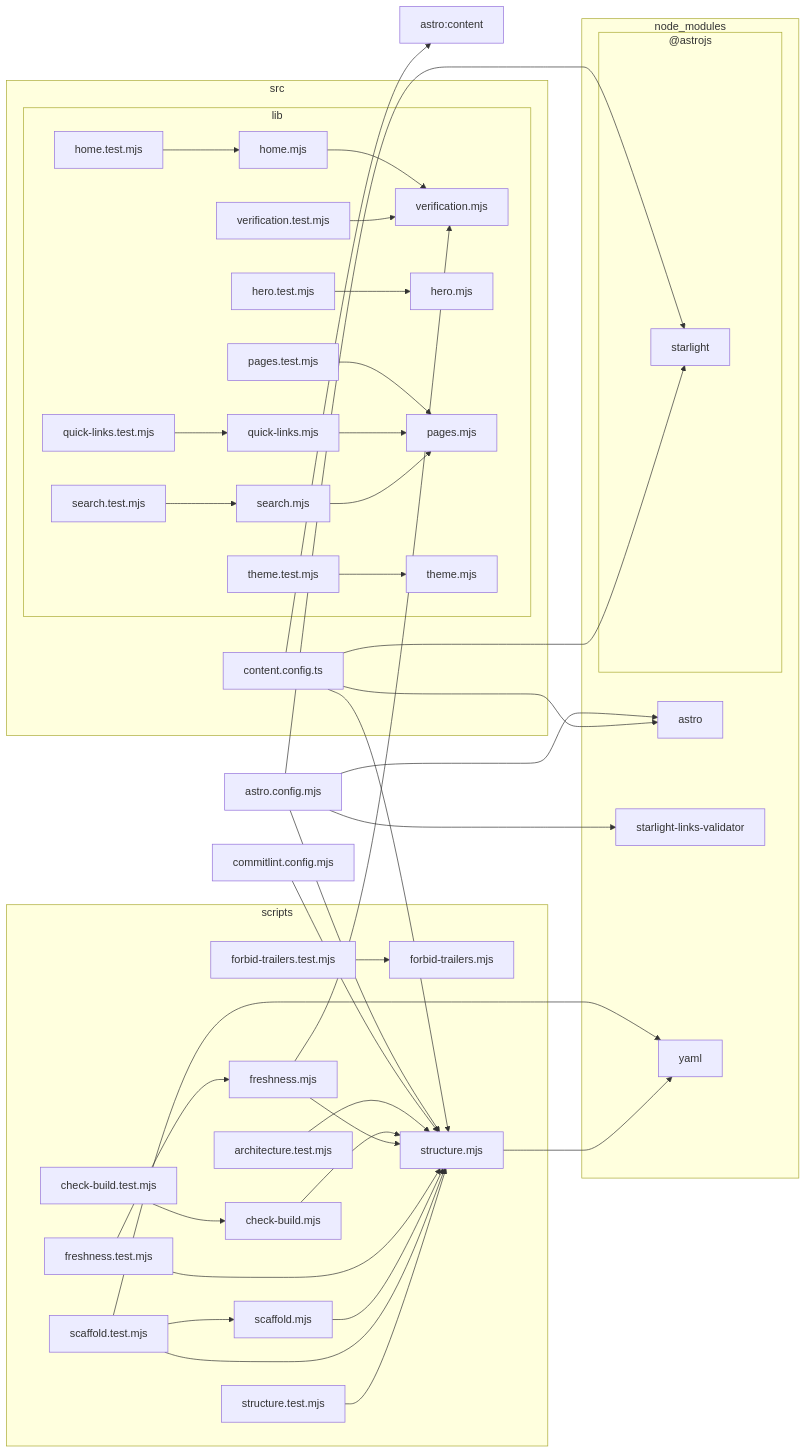
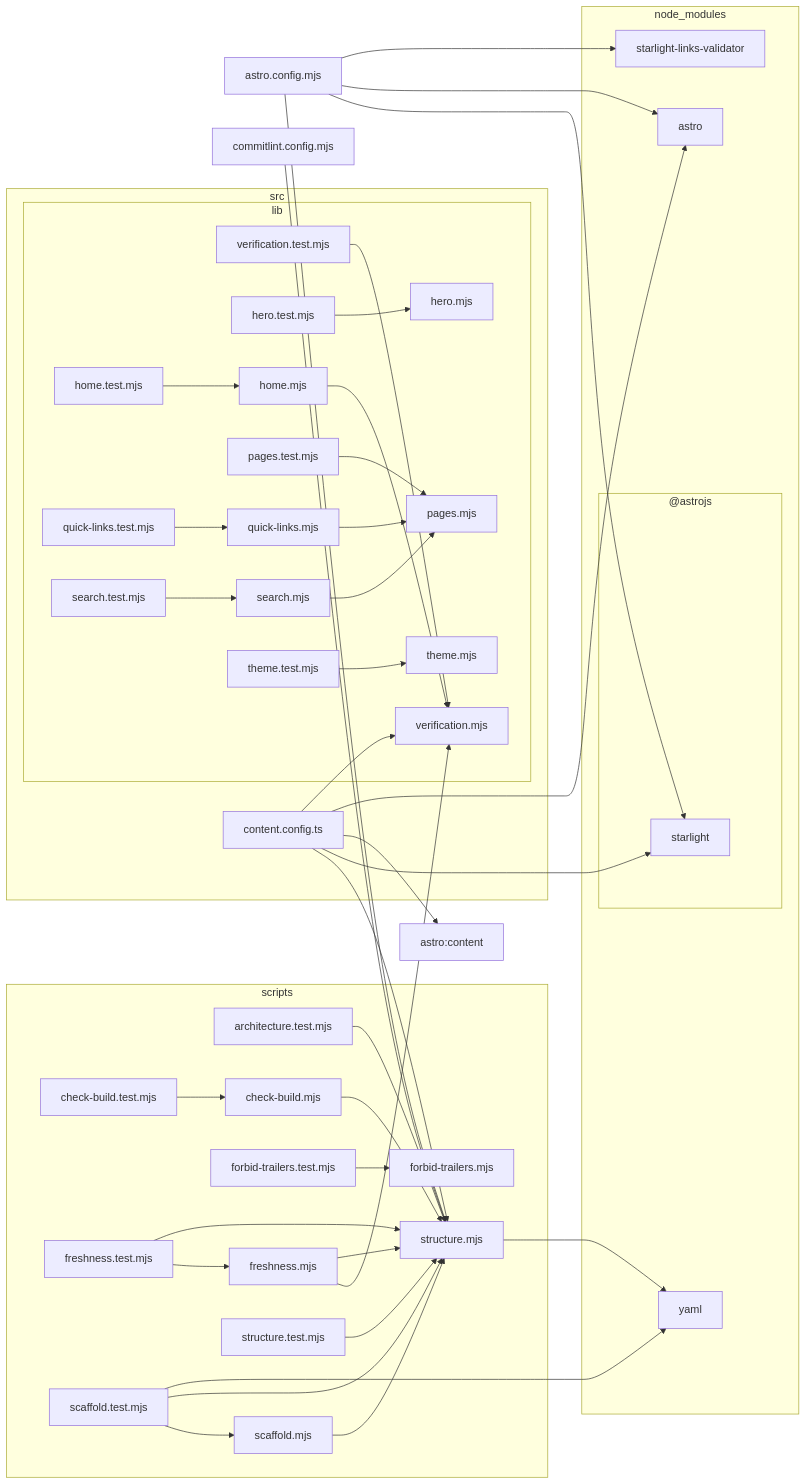
One commit to FilipTw/claude-craft changed the diagram in docs/architecture.mmd. Above: the diagram before and after it, drawn with Mermaid. The commit also changed 4 other files, not shown here.

```diff
--- a/docs/architecture.mmd
+++ b/docs/architecture.mmd
@@ -1,78 +1,79 @@
 flowchart LR
 
 0["astro.config.mjs"]
 1["astro:content"]
 2["commitlint.config.mjs"]
 subgraph 3["node_modules"]
 subgraph 4["@astrojs"]
 5["starlight"]
 end
 6["astro"]
 7["starlight-links-validator"]
 8["yaml"]
 end
 subgraph 9["scripts"]
 A["architecture.test.mjs"]
 B["check-build.mjs"]
 C["check-build.test.mjs"]
 D["forbid-trailers.mjs"]
 E["forbid-trailers.test.mjs"]
 F["freshness.mjs"]
 G["freshness.test.mjs"]
 H["scaffold.mjs"]
 I["scaffold.test.mjs"]
 J["structure.mjs"]
 K["structure.test.mjs"]
 end
 subgraph L["src"]
 M["content.config.ts"]
 subgraph N["lib"]
 O["hero.mjs"]
 P["hero.test.mjs"]
 Q["home.mjs"]
 R["home.test.mjs"]
 S["pages.mjs"]
 T["pages.test.mjs"]
 U["quick-links.mjs"]
 V["quick-links.test.mjs"]
 W["search.mjs"]
 X["search.test.mjs"]
 Y["theme.mjs"]
 Z["theme.test.mjs"]
 10["verification.mjs"]
 11["verification.test.mjs"]
 end
 end
 0-->J
 0-->5
 0-->6
 0-->7
 2-->J
 A-->J
 B-->J
 C-->B
 E-->D
 F-->10
 F-->J
 G-->F
 G-->J
 H-->J
 I-->H
 I-->J
 I-->8
 J-->8
 K-->J
 M-->J
+M-->10
 M-->5
 M-->1
 M-->6
 P-->O
 Q-->10
 R-->Q
 T-->S
 U-->S
 V-->U
 W-->S
 X-->W
 Z-->Y
 11-->10
```
